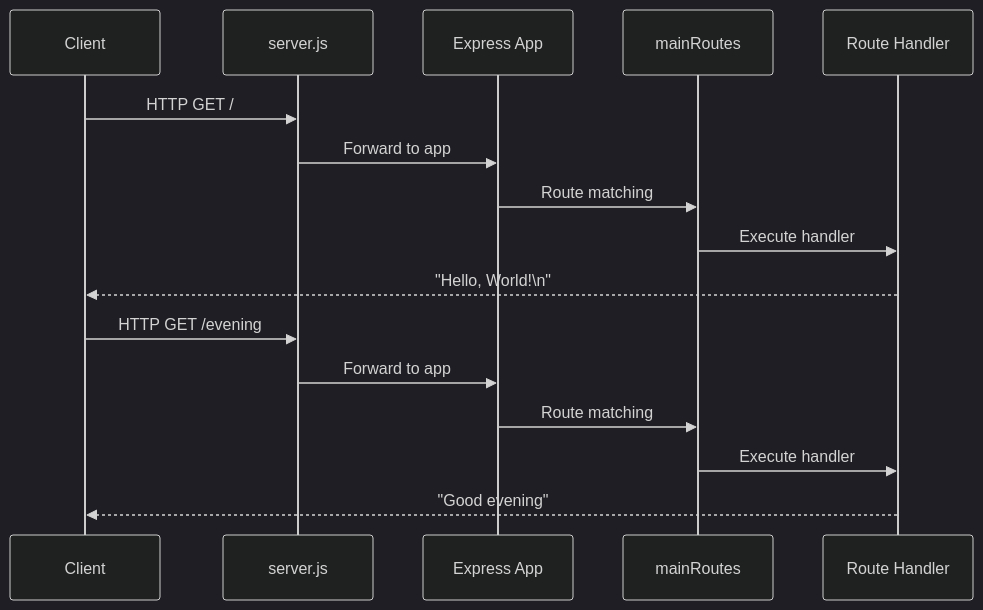
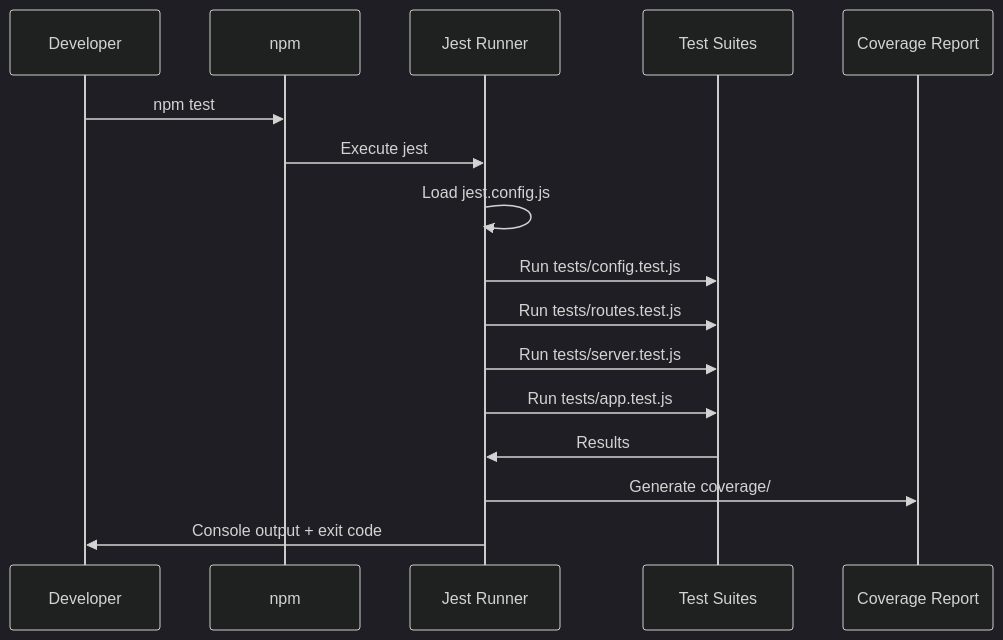
The fifth of 5 diagrams in blitzy/documentation/Technical Specifications.md (sudhanshu-spec/test-spec), drawn with Mermaid (dark theme) before and after one commit. The commit also changed other lines of this file, not shown here.

````diff
--- a/blitzy/documentation/Technical Specifications.md
+++ b/blitzy/documentation/Technical Specifications.md
@@ -351,20 +1070,19 @@
 ```mermaid
 sequenceDiagram
-    participant Client
-    participant Server as server.js
-    participant Express as Express App
-    participant Router as mainRoutes
-    participant Handler as Route Handler
+    participant Dev as Developer
+    participant NPM as npm
+    participant Jest as Jest Runner
+    participant Tests as Test Suites
+    participant Coverage as Coverage Report
     
-    Client->>Server: HTTP GET /
-    Server->>Express: Forward to app
-    Express->>Router: Route matching
-    Router->>Handler: Execute handler
-    Handler-->>Client: "Hello, World!\n"
-    
-    Client->>Server: HTTP GET /evening
-    Server->>Express: Forward to app
-    Express->>Router: Route matching
-    Router->>Handler: Execute handler
-    Handler-->>Client: "Good evening"
+    Dev->>NPM: npm test
+    NPM->>Jest: Execute jest
+    Jest->>Jest: Load jest.config.js
+    Jest->>Tests: Run tests/config.test.js
+    Jest->>Tests: Run tests/routes.test.js
+    Jest->>Tests: Run tests/server.test.js
+    Jest->>Tests: Run tests/app.test.js
+    Tests->>Jest: Results
+    Jest->>Coverage: Generate coverage/
+    Jest->>Dev: Console output + exit code
 ```
````
